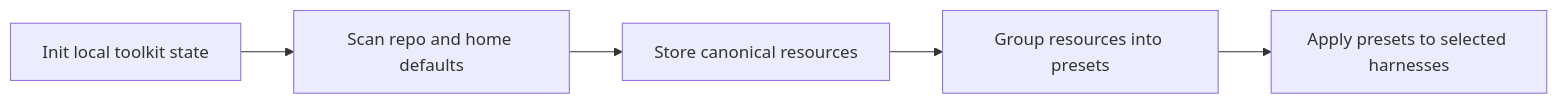
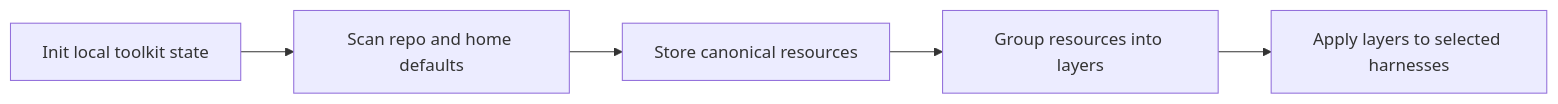
The second of 3 diagrams in README.md (harnesstap/harnesstap), drawn with Mermaid before and after one commit. The commit also changed other lines of this file and 134 other files, not shown here.

````diff
--- a/README.md
+++ b/README.md
@@ -115,7 +115,7 @@
 ```mermaid
 flowchart LR
   A[Init local toolkit state] --> B[Scan repo and home defaults]
   B --> C[Store canonical resources]
-  C --> D[Group resources into presets]
-  D --> E[Apply presets to selected harnesses]
+  C --> D[Group resources into layers]
+  D --> E[Apply layers to selected harnesses]
 ```
````
